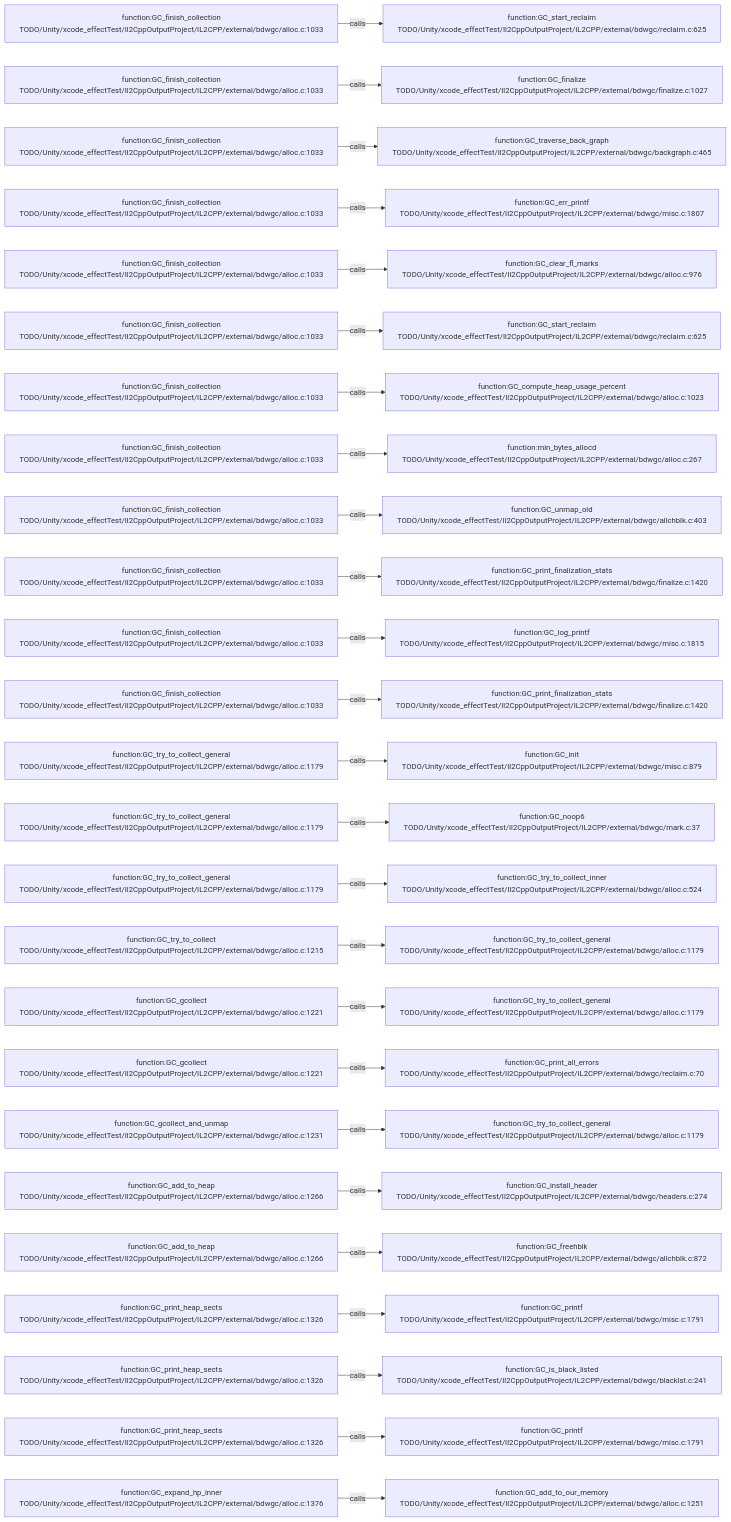
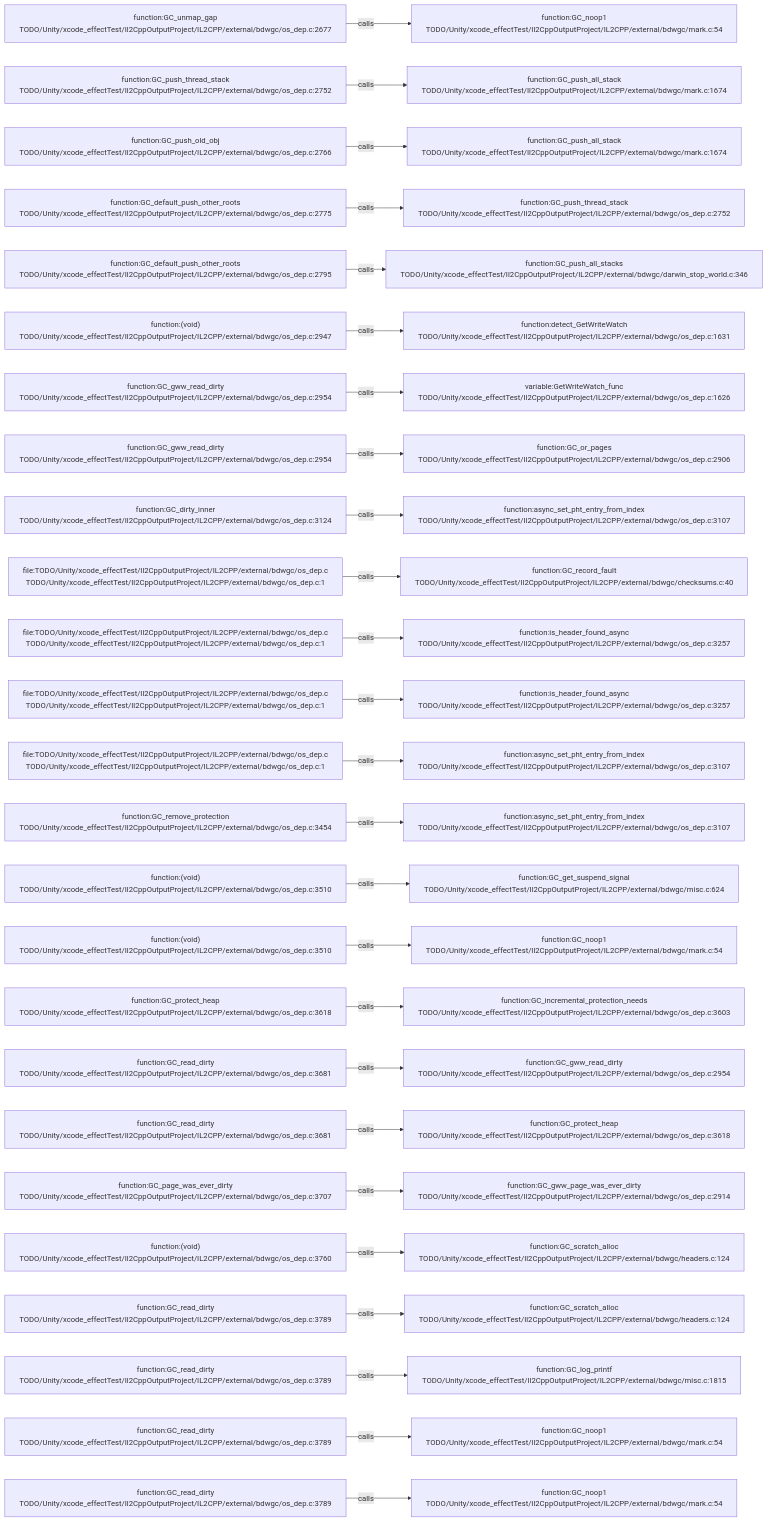
Before and after one commit to JobsKits/JobsSwiftBaseConfigDemo: the diagram in .codegraph/codegraph.md/graphs/calls-146.md, drawn with Mermaid. The commit also changed 227 other files, not shown here.

````diff
--- a/.codegraph/codegraph.md/graphs/calls-146.md
+++ b/.codegraph/codegraph.md/graphs/calls-146.md
@@ -13,78 +13,78 @@
 ```mermaid
 flowchart LR
-  S1["function:GC_finish_collection<br/>TODO/Unity/xcode_effectTest/Il2CppOutputProject/IL2CPP/external/bdwgc/alloc.c:1033"]
-  T1["function:GC_start_reclaim<br/>TODO/Unity/xcode_effectTest/Il2CppOutputProject/IL2CPP/external/bdwgc/reclaim.c:625"]
+  S1["function:GC_unmap_gap<br/>TODO/Unity/xcode_effectTest/Il2CppOutputProject/IL2CPP/external/bdwgc/os_dep.c:2677"]
+  T1["function:GC_noop1<br/>TODO/Unity/xcode_effectTest/Il2CppOutputProject/IL2CPP/external/bdwgc/mark.c:54"]
   S1 -->|calls| T1
-  S2["function:GC_finish_collection<br/>TODO/Unity/xcode_effectTest/Il2CppOutputProject/IL2CPP/external/bdwgc/alloc.c:1033"]
-  T2["function:GC_finalize<br/>TODO/Unity/xcode_effectTest/Il2CppOutputProject/IL2CPP/external/bdwgc/finalize.c:1027"]
+  S2["function:GC_push_thread_stack<br/>TODO/Unity/xcode_effectTest/Il2CppOutputProject/IL2CPP/external/bdwgc/os_dep.c:2752"]
+  T2["function:GC_push_all_stack<br/>TODO/Unity/xcode_effectTest/Il2CppOutputProject/IL2CPP/external/bdwgc/mark.c:1674"]
   S2 -->|calls| T2
-  S3["function:GC_finish_collection<br/>TODO/Unity/xcode_effectTest/Il2CppOutputProject/IL2CPP/external/bdwgc/alloc.c:1033"]
-  T3["function:GC_traverse_back_graph<br/>TODO/Unity/xcode_effectTest/Il2CppOutputProject/IL2CPP/external/bdwgc/backgraph.c:465"]
+  S3["function:GC_push_old_obj<br/>TODO/Unity/xcode_effectTest/Il2CppOutputProject/IL2CPP/external/bdwgc/os_dep.c:2766"]
+  T3["function:GC_push_all_stack<br/>TODO/Unity/xcode_effectTest/Il2CppOutputProject/IL2CPP/external/bdwgc/mark.c:1674"]
   S3 -->|calls| T3
-  S4["function:GC_finish_collection<br/>TODO/Unity/xcode_effectTest/Il2CppOutputProject/IL2CPP/external/bdwgc/alloc.c:1033"]
-  T4["function:GC_err_printf<br/>TODO/Unity/xcode_effectTest/Il2CppOutputProject/IL2CPP/external/bdwgc/misc.c:1807"]
+  S4["function:GC_default_push_other_roots<br/>TODO/Unity/xcode_effectTest/Il2CppOutputProject/IL2CPP/external/bdwgc/os_dep.c:2775"]
+  T4["function:GC_push_thread_stack<br/>TODO/Unity/xcode_effectTest/Il2CppOutputProject/IL2CPP/external/bdwgc/os_dep.c:2752"]
   S4 -->|calls| T4
-  S5["function:GC_finish_collection<br/>TODO/Unity/xcode_effectTest/Il2CppOutputProject/IL2CPP/external/bdwgc/alloc.c:1033"]
-  T5["function:GC_clear_fl_marks<br/>TODO/Unity/xcode_effectTest/Il2CppOutputProject/IL2CPP/external/bdwgc/alloc.c:976"]
+  S5["function:GC_default_push_other_roots<br/>TODO/Unity/xcode_effectTest/Il2CppOutputProject/IL2CPP/external/bdwgc/os_dep.c:2795"]
+  T5["function:GC_push_all_stacks<br/>TODO/Unity/xcode_effectTest/Il2CppOutputProject/IL2CPP/external/bdwgc/darwin_stop_world.c:346"]
   S5 -->|calls| T5
-  S6["function:GC_finish_collection<br/>TODO/Unity/xcode_effectTest/Il2CppOutputProject/IL2CPP/external/bdwgc/alloc.c:1033"]
-  T6["function:GC_start_reclaim<br/>TODO/Unity/xcode_effectTest/Il2CppOutputProject/IL2CPP/external/bdwgc/reclaim.c:625"]
+  S6["function:(void)<br/>TODO/Unity/xcode_effectTest/Il2CppOutputProject/IL2CPP/external/bdwgc/os_dep.c:2947"]
+  T6["function:detect_GetWriteWatch<br/>TODO/Unity/xcode_effectTest/Il2CppOutputProject/IL2CPP/external/bdwgc/os_dep.c:1631"]
   S6 -->|calls| T6
-  S7["function:GC_finish_collection<br/>TODO/Unity/xcode_effectTest/Il2CppOutputProject/IL2CPP/external/bdwgc/alloc.c:1033"]
-  T7["function:GC_compute_heap_usage_percent<br/>TODO/Unity/xcode_effectTest/Il2CppOutputProject/IL2CPP/external/bdwgc/alloc.c:1023"]
+  S7["function:GC_gww_read_dirty<br/>TODO/Unity/xcode_effectTest/Il2CppOutputProject/IL2CPP/external/bdwgc/os_dep.c:2954"]
+  T7["variable:GetWriteWatch_func<br/>TODO/Unity/xcode_effectTest/Il2CppOutputProject/IL2CPP/external/bdwgc/os_dep.c:1626"]
   S7 -->|calls| T7
-  S8["function:GC_finish_collection<br/>TODO/Unity/xcode_effectTest/Il2CppOutputProject/IL2CPP/external/bdwgc/alloc.c:1033"]
-  T8["function:min_bytes_allocd<br/>TODO/Unity/xcode_effectTest/Il2CppOutputProject/IL2CPP/external/bdwgc/alloc.c:267"]
+  S8["function:GC_gww_read_dirty<br/>TODO/Unity/xcode_effectTest/Il2CppOutputProject/IL2CPP/external/bdwgc/os_dep.c:2954"]
+  T8["function:GC_or_pages<br/>TODO/Unity/xcode_effectTest/Il2CppOutputProject/IL2CPP/external/bdwgc/os_dep.c:2906"]
   S8 -->|calls| T8
-  S9["function:GC_finish_collection<br/>TODO/Unity/xcode_effectTest/Il2CppOutputProject/IL2CPP/external/bdwgc/alloc.c:1033"]
-  T9["function:GC_unmap_old<br/>TODO/Unity/xcode_effectTest/Il2CppOutputProject/IL2CPP/external/bdwgc/allchblk.c:403"]
+  S9["function:GC_dirty_inner<br/>TODO/Unity/xcode_effectTest/Il2CppOutputProject/IL2CPP/external/bdwgc/os_dep.c:3124"]
+  T9["function:async_set_pht_entry_from_index<br/>TODO/Unity/xcode_effectTest/Il2CppOutputProject/IL2CPP/external/bdwgc/os_dep.c:3107"]
   S9 -->|calls| T9
-  S10["function:GC_finish_collection<br/>TODO/Unity/xcode_effectTest/Il2CppOutputProject/IL2CPP/external/bdwgc/alloc.c:1033"]
-  T10["function:GC_print_finalization_stats<br/>TODO/Unity/xcode_effectTest/Il2CppOutputProject/IL2CPP/external/bdwgc/finalize.c:1420"]
+  S10["file:TODO/Unity/xcode_effectTest/Il2CppOutputProject/IL2CPP/external/bdwgc/os_dep.c<br/>TODO/Unity/xcode_effectTest/Il2CppOutputProject/IL2CPP/external/bdwgc/os_dep.c:1"]
+  T10["function:GC_record_fault<br/>TODO/Unity/xcode_effectTest/Il2CppOutputProject/IL2CPP/external/bdwgc/checksums.c:40"]
   S10 -->|calls| T10
-  S11["function:GC_finish_collection<br/>TODO/Unity/xcode_effectTest/Il2CppOutputProject/IL2CPP/external/bdwgc/alloc.c:1033"]
-  T11["function:GC_log_printf<br/>TODO/Unity/xcode_effectTest/Il2CppOutputProject/IL2CPP/external/bdwgc/misc.c:1815"]
+  S11["file:TODO/Unity/xcode_effectTest/Il2CppOutputProject/IL2CPP/external/bdwgc/os_dep.c<br/>TODO/Unity/xcode_effectTest/Il2CppOutputProject/IL2CPP/external/bdwgc/os_dep.c:1"]
+  T11["function:is_header_found_async<br/>TODO/Unity/xcode_effectTest/Il2CppOutputProject/IL2CPP/external/bdwgc/os_dep.c:3257"]
   S11 -->|calls| T11
-  S12["function:GC_finish_collection<br/>TODO/Unity/xcode_effectTest/Il2CppOutputProject/IL2CPP/external/bdwgc/alloc.c:1033"]
-  T12["function:GC_print_finalization_stats<br/>TODO/Unity/xcode_effectTest/Il2CppOutputProject/IL2CPP/external/bdwgc/finalize.c:1420"]
+  S12["file:TODO/Unity/xcode_effectTest/Il2CppOutputProject/IL2CPP/external/bdwgc/os_dep.c<br/>TODO/Unity/xcode_effectTest/Il2CppOutputProject/IL2CPP/external/bdwgc/os_dep.c:1"]
+  T12["function:is_header_found_async<br/>TODO/Unity/xcode_effectTest/Il2CppOutputProject/IL2CPP/external/bdwgc/os_dep.c:3257"]
   S12 -->|calls| T12
-  S13["function:GC_try_to_collect_general<br/>TODO/Unity/xcode_effectTest/Il2CppOutputProject/IL2CPP/external/bdwgc/alloc.c:1179"]
-  T13["function:GC_init<br/>TODO/Unity/xcode_effectTest/Il2CppOutputProject/IL2CPP/external/bdwgc/misc.c:879"]
+  S13["file:TODO/Unity/xcode_effectTest/Il2CppOutputProject/IL2CPP/external/bdwgc/os_dep.c<br/>TODO/Unity/xcode_effectTest/Il2CppOutputProject/IL2CPP/external/bdwgc/os_dep.c:1"]
+  T13["function:async_set_pht_entry_from_index<br/>TODO/Unity/xcode_effectTest/Il2CppOutputProject/IL2CPP/external/bdwgc/os_dep.c:3107"]
   S13 -->|calls| T13
-  S14["function:GC_try_to_collect_general<br/>TODO/Unity/xcode_effectTest/Il2CppOutputProject/IL2CPP/external/bdwgc/alloc.c:1179"]
-  T14["function:GC_noop6<br/>TODO/Unity/xcode_effectTest/Il2CppOutputProject/IL2CPP/external/bdwgc/mark.c:37"]
+  S14["function:GC_remove_protection<br/>TODO/Unity/xcode_effectTest/Il2CppOutputProject/IL2CPP/external/bdwgc/os_dep.c:3454"]
+  T14["function:async_set_pht_entry_from_index<br/>TODO/Unity/xcode_effectTest/Il2CppOutputProject/IL2CPP/external/bdwgc/os_dep.c:3107"]
   S14 -->|calls| T14
-  S15["function:GC_try_to_collect_general<br/>TODO/Unity/xcode_effectTest/Il2CppOutputProject/IL2CPP/external/bdwgc/alloc.c:1179"]
-  T15["function:GC_try_to_collect_inner<br/>TODO/Unity/xcode_effectTest/Il2CppOutputProject/IL2CPP/external/bdwgc/alloc.c:524"]
+  S15["function:(void)<br/>TODO/Unity/xcode_effectTest/Il2CppOutputProject/IL2CPP/external/bdwgc/os_dep.c:3510"]
+  T15["function:GC_get_suspend_signal<br/>TODO/Unity/xcode_effectTest/Il2CppOutputProject/IL2CPP/external/bdwgc/misc.c:624"]
   S15 -->|calls| T15
-  S16["function:GC_try_to_collect<br/>TODO/Unity/xcode_effectTest/Il2CppOutputProject/IL2CPP/external/bdwgc/alloc.c:1215"]
-  T16["function:GC_try_to_collect_general<br/>TODO/Unity/xcode_effectTest/Il2CppOutputProject/IL2CPP/external/bdwgc/alloc.c:1179"]
+  S16["function:(void)<br/>TODO/Unity/xcode_effectTest/Il2CppOutputProject/IL2CPP/external/bdwgc/os_dep.c:3510"]
+  T16["function:GC_noop1<br/>TODO/Unity/xcode_effectTest/Il2CppOutputProject/IL2CPP/external/bdwgc/mark.c:54"]
   S16 -->|calls| T16
-  S17["function:GC_gcollect<br/>TODO/Unity/xcode_effectTest/Il2CppOutputProject/IL2CPP/external/bdwgc/alloc.c:1221"]
-  T17["function:GC_try_to_collect_general<br/>TODO/Unity/xcode_effectTest/Il2CppOutputProject/IL2CPP/external/bdwgc/alloc.c:1179"]
+  S17["function:GC_protect_heap<br/>TODO/Unity/xcode_effectTest/Il2CppOutputProject/IL2CPP/external/bdwgc/os_dep.c:3618"]
+  T17["function:GC_incremental_protection_needs<br/>TODO/Unity/xcode_effectTest/Il2CppOutputProject/IL2CPP/external/bdwgc/os_dep.c:3603"]
   S17 -->|calls| T17
-  S18["function:GC_gcollect<br/>TODO/Unity/xcode_effectTest/Il2CppOutputProject/IL2CPP/external/bdwgc/alloc.c:1221"]
-  T18["function:GC_print_all_errors<br/>TODO/Unity/xcode_effectTest/Il2CppOutputProject/IL2CPP/external/bdwgc/reclaim.c:70"]
+  S18["function:GC_read_dirty<br/>TODO/Unity/xcode_effectTest/Il2CppOutputProject/IL2CPP/external/bdwgc/os_dep.c:3681"]
+  T18["function:GC_gww_read_dirty<br/>TODO/Unity/xcode_effectTest/Il2CppOutputProject/IL2CPP/external/bdwgc/os_dep.c:2954"]
   S18 -->|calls| T18
-  S19["function:GC_gcollect_and_unmap<br/>TODO/Unity/xcode_effectTest/Il2CppOutputProject/IL2CPP/external/bdwgc/alloc.c:1231"]
-  T19["function:GC_try_to_collect_general<br/>TODO/Unity/xcode_effectTest/Il2CppOutputProject/IL2CPP/external/bdwgc/alloc.c:1179"]
+  S19["function:GC_read_dirty<br/>TODO/Unity/xcode_effectTest/Il2CppOutputProject/IL2CPP/external/bdwgc/os_dep.c:3681"]
+  T19["function:GC_protect_heap<br/>TODO/Unity/xcode_effectTest/Il2CppOutputProject/IL2CPP/external/bdwgc/os_dep.c:3618"]
   S19 -->|calls| T19
-  S20["function:GC_add_to_heap<br/>TODO/Unity/xcode_effectTest/Il2CppOutputProject/IL2CPP/external/bdwgc/alloc.c:1266"]
-  T20["function:GC_install_header<br/>TODO/Unity/xcode_effectTest/Il2CppOutputProject/IL2CPP/external/bdwgc/headers.c:274"]
+  S20["function:GC_page_was_ever_dirty<br/>TODO/Unity/xcode_effectTest/Il2CppOutputProject/IL2CPP/external/bdwgc/os_dep.c:3707"]
+  T20["function:GC_gww_page_was_ever_dirty<br/>TODO/Unity/xcode_effectTest/Il2CppOutputProject/IL2CPP/external/bdwgc/os_dep.c:2914"]
   S20 -->|calls| T20
-  S21["function:GC_add_to_heap<br/>TODO/Unity/xcode_effectTest/Il2CppOutputProject/IL2CPP/external/bdwgc/alloc.c:1266"]
-  T21["function:GC_freehblk<br/>TODO/Unity/xcode_effectTest/Il2CppOutputProject/IL2CPP/external/bdwgc/allchblk.c:872"]
+  S21["function:(void)<br/>TODO/Unity/xcode_effectTest/Il2CppOutputProject/IL2CPP/external/bdwgc/os_dep.c:3760"]
+  T21["function:GC_scratch_alloc<br/>TODO/Unity/xcode_effectTest/Il2CppOutputProject/IL2CPP/external/bdwgc/headers.c:124"]
   S21 -->|calls| T21
-  S22["function:GC_print_heap_sects<br/>TODO/Unity/xcode_effectTest/Il2CppOutputProject/IL2CPP/external/bdwgc/alloc.c:1326"]
-  T22["function:GC_printf<br/>TODO/Unity/xcode_effectTest/Il2CppOutputProject/IL2CPP/external/bdwgc/misc.c:1791"]
+  S22["function:GC_read_dirty<br/>TODO/Unity/xcode_effectTest/Il2CppOutputProject/IL2CPP/external/bdwgc/os_dep.c:3789"]
+  T22["function:GC_scratch_alloc<br/>TODO/Unity/xcode_effectTest/Il2CppOutputProject/IL2CPP/external/bdwgc/headers.c:124"]
   S22 -->|calls| T22
-  S23["function:GC_print_heap_sects<br/>TODO/Unity/xcode_effectTest/Il2CppOutputProject/IL2CPP/external/bdwgc/alloc.c:1326"]
-  T23["function:GC_is_black_listed<br/>TODO/Unity/xcode_effectTest/Il2CppOutputProject/IL2CPP/external/bdwgc/blacklst.c:241"]
+  S23["function:GC_read_dirty<br/>TODO/Unity/xcode_effectTest/Il2CppOutputProject/IL2CPP/external/bdwgc/os_dep.c:3789"]
+  T23["function:GC_log_printf<br/>TODO/Unity/xcode_effectTest/Il2CppOutputProject/IL2CPP/external/bdwgc/misc.c:1815"]
   S23 -->|calls| T23
-  S24["function:GC_print_heap_sects<br/>TODO/Unity/xcode_effectTest/Il2CppOutputProject/IL2CPP/external/bdwgc/alloc.c:1326"]
-  T24["function:GC_printf<br/>TODO/Unity/xcode_effectTest/Il2CppOutputProject/IL2CPP/external/bdwgc/misc.c:1791"]
+  S24["function:GC_read_dirty<br/>TODO/Unity/xcode_effectTest/Il2CppOutputProject/IL2CPP/external/bdwgc/os_dep.c:3789"]
+  T24["function:GC_noop1<br/>TODO/Unity/xcode_effectTest/Il2CppOutputProject/IL2CPP/external/bdwgc/mark.c:54"]
   S24 -->|calls| T24
-  S25["function:GC_expand_hp_inner<br/>TODO/Unity/xcode_effectTest/Il2CppOutputProject/IL2CPP/external/bdwgc/alloc.c:1376"]
-  T25["function:GC_add_to_our_memory<br/>TODO/Unity/xcode_effectTest/Il2CppOutputProject/IL2CPP/external/bdwgc/alloc.c:1251"]
+  S25["function:GC_read_dirty<br/>TODO/Unity/xcode_effectTest/Il2CppOutputProject/IL2CPP/external/bdwgc/os_dep.c:3789"]
+  T25["function:GC_noop1<br/>TODO/Unity/xcode_effectTest/Il2CppOutputProject/IL2CPP/external/bdwgc/mark.c:54"]
   S25 -->|calls| T25
 ```
````
